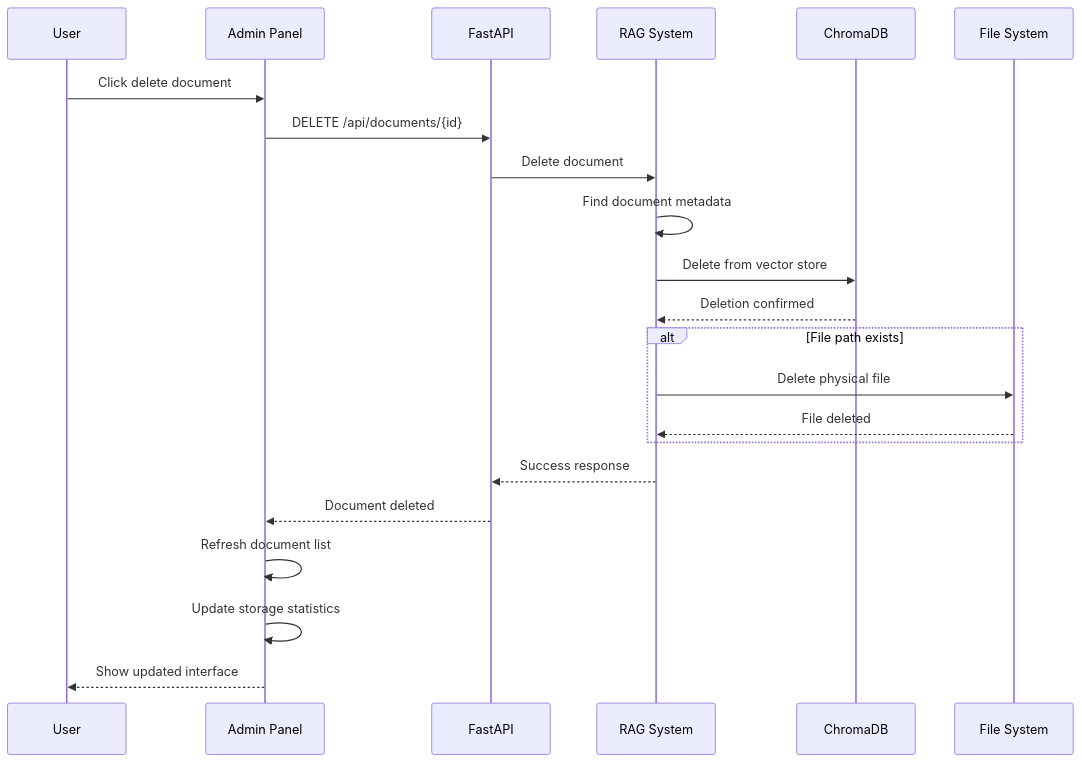
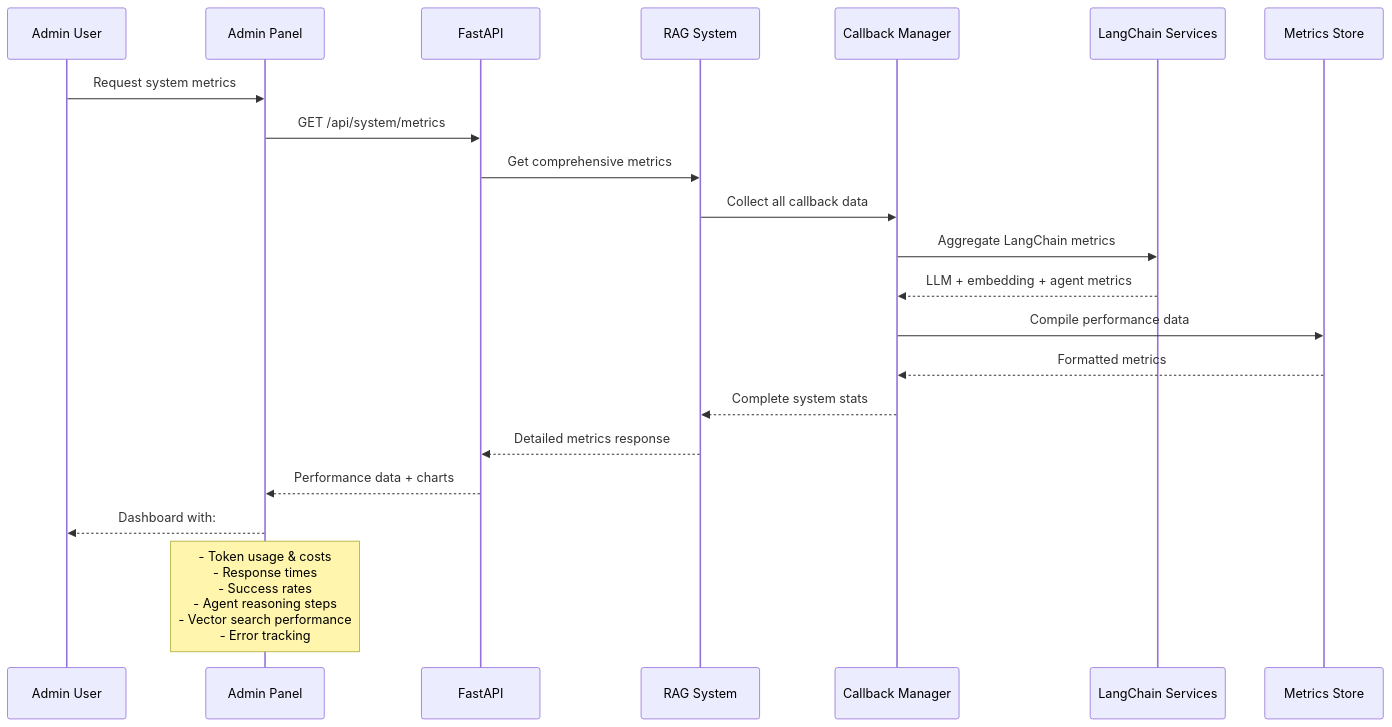
The fourth of 4 diagrams in README.md (hmunjuluri05/custom-rag), drawn with Mermaid before and after one commit. The commit also changed other lines of this file, not shown here.

````diff
--- a/README.md
+++ b/README.md
@@ -149,28 +212,26 @@
 ```mermaid
 sequenceDiagram
-    participant User
+    participant Admin as Admin User
     participant UI as Admin Panel
     participant API as FastAPI
     participant RAG as RAG System
-    participant VDB as ChromaDB
-    participant FS as File System
+    participant CB as Callback Manager
+    participant LC as LangChain Services
+    participant Metrics as Metrics Store
 
-    User->>UI: Click delete document
-    UI->>API: DELETE /api/documents/{id}
-    API->>RAG: Delete document
+    Admin->>UI: Request system metrics
+    UI->>API: GET /api/system/metrics
+    API->>RAG: Get comprehensive metrics
+    RAG->>CB: Collect all callback data
+    CB->>LC: Aggregate LangChain metrics
+    LC-->>CB: LLM + embedding + agent metrics
+    CB->>Metrics: Compile performance data
 
-    RAG->>RAG: Find document metadata
-    RAG->>VDB: Delete from vector store
-    VDB-->>RAG: Deletion confirmed
+    Metrics-->>CB: Formatted metrics
+    CB-->>RAG: Complete system stats
+    RAG-->>API: Detailed metrics response
+    API-->>UI: Performance data + charts
+    UI-->>Admin: Dashboard with:
 
-    alt File path exists
-        RAG->>FS: Delete physical file
-        FS-->>RAG: File deleted
-    end
-
-    RAG-->>API: Success response
-    API-->>UI: Document deleted
-    UI->>UI: Refresh document list
-    UI->>UI: Update storage statistics
-    UI-->>User: Show updated interface
+    Note over UI: - Token usage & costs<br/>- Response times<br/>- Success rates<br/>- Agent reasoning steps<br/>- Vector search performance<br/>- Error tracking
 ```
````
